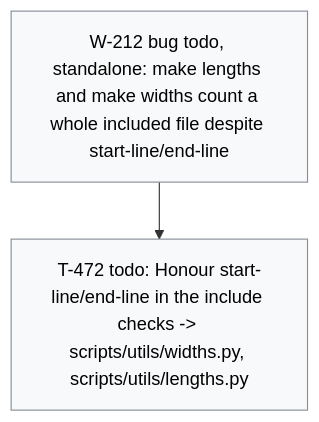
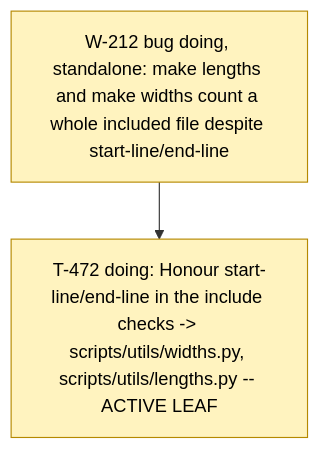
One commit to dpopchev/chaos-to-simple changed the diagram in .board/BOARD.md. Above: the diagram before and after it, drawn with Mermaid. The commit also changed other lines of this file and 2 other files, not shown here.

Commit message:
chore(board): activate W-212, start T-472
Refs: W-212 T-472

````diff
--- a/.board/BOARD.md
+++ b/.board/BOARD.md
@@ -1251,11 +1251,11 @@
 ```mermaid
 flowchart TD
-  W212["W-212 bug todo, standalone: make lengths and make widths count a whole included file despite start-line/end-line"]
-  W212 --> T472["T-472 todo: Honour start-line/end-line in the include checks -> scripts/utils/widths.py, scripts/utils/lengths.py"]
+  W212["W-212 bug doing, standalone: make lengths and make widths count a whole included file despite start-line/end-line"]
+  W212 --> T472["T-472 doing: Honour start-line/end-line in the include checks -> scripts/utils/widths.py, scripts/utils/lengths.py -- ACTIVE LEAF"]
   classDef doing fill:#fff3bf,stroke:#b58900,color:#000;
   classDef blocked fill:#ffe3e3,stroke:#c92a2a,color:#000;
   classDef done fill:#e6ffed,stroke:#2b8a3e,color:#000;
   classDef todo fill:#f8f9fa,stroke:#868e96,color:#000;
   classDef pruned fill:#f1f3f5,stroke:#adb5bd,color:#000;
-  class W212,T472 todo
+  class W212,T472 doing
 ```
````
